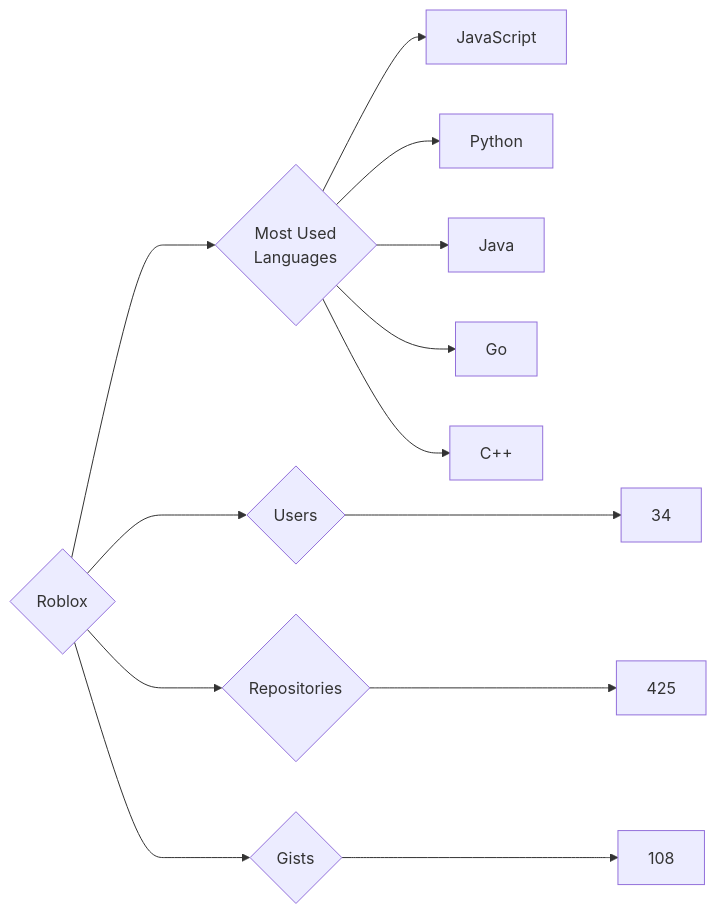
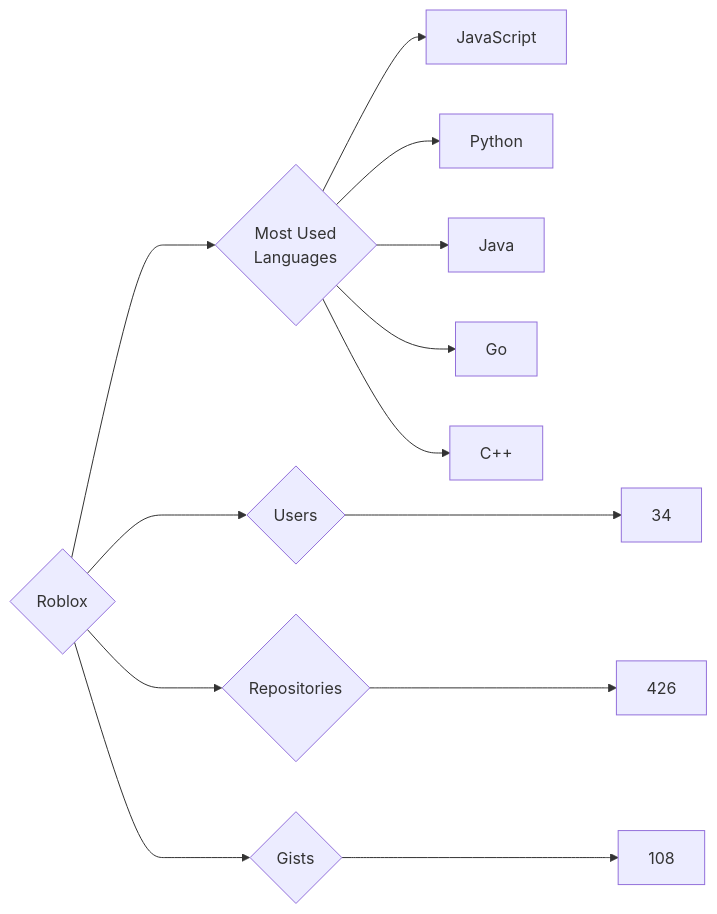
The diagram in targets/Roblox/README.md (trickest/insiders), drawn with Mermaid before and after one commit. The commit also changed 878 other files, not shown here.

````diff
--- a/targets/Roblox/README.md
+++ b/targets/Roblox/README.md
@@ -3,13 +3,13 @@
 ```mermaid
 graph LR
 COMPANY_NAME{Roblox}
 COMPANY_NAME ---> U{Users} ---> UN[34]
-COMPANY_NAME ---> R{Repositories} ---> RN[425]
+COMPANY_NAME ---> R{Repositories} ---> RN[426]
 COMPANY_NAME ---> G{Gists} ---> GN[108]
 COMPANY_NAME ---> ML{Most Used<br>Languages}
 ML --> JavaScript[JavaScript]
 ML --> Python[Python]
 ML --> Java[Java]
 ML --> Go[Go]
 ML --> C++[C++]
 ```
````
